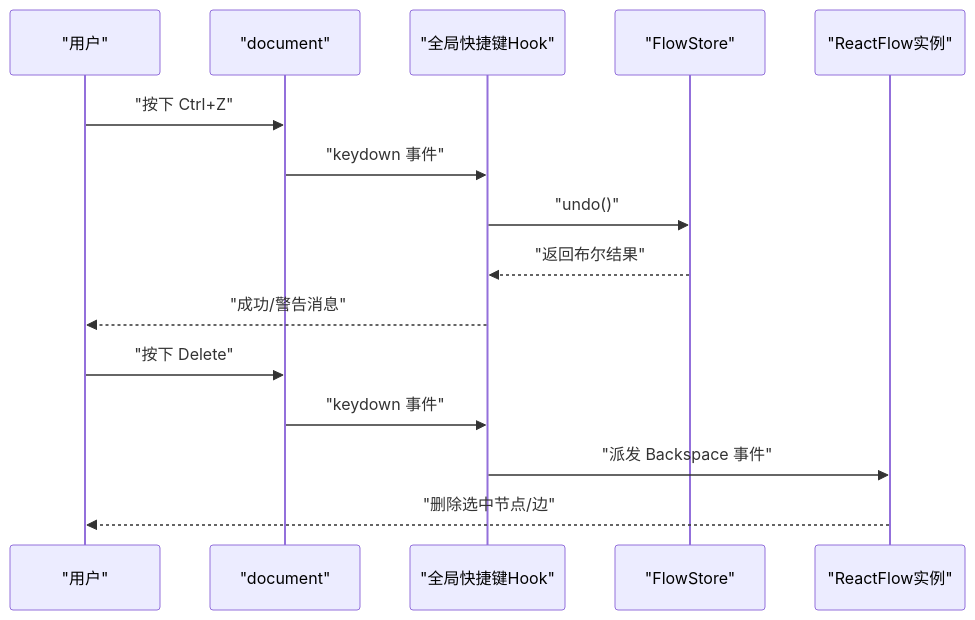
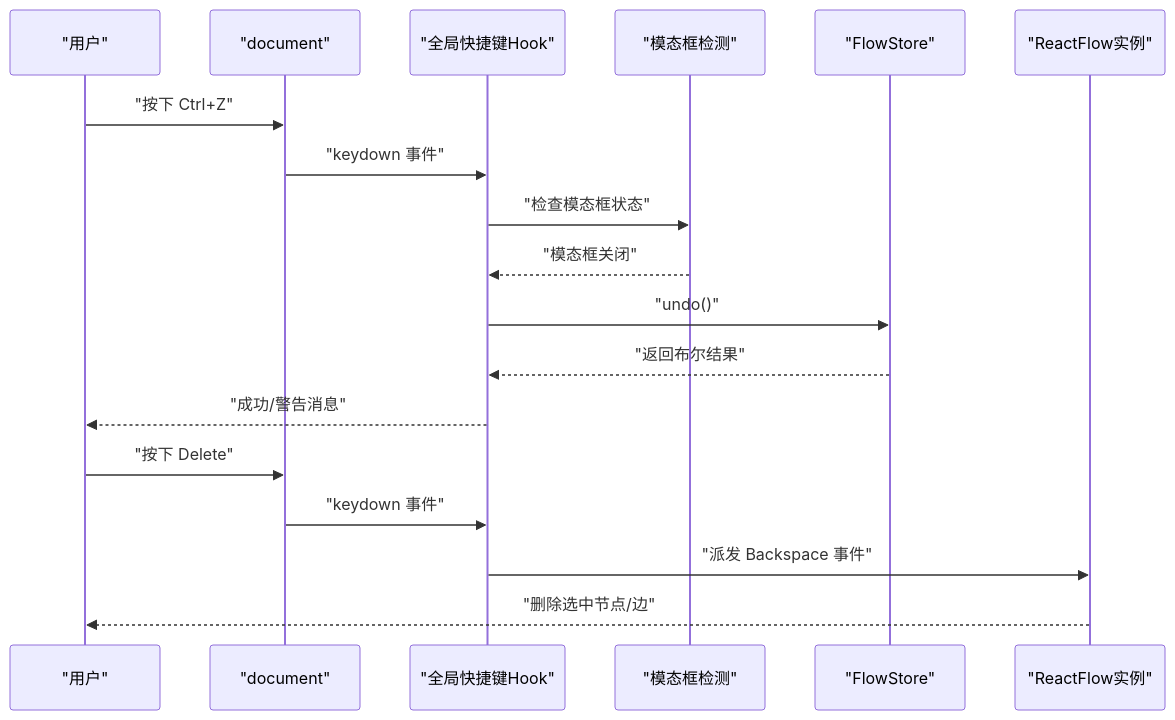
One commit to kqcoxn/MaaPipelineEditor changed the second of 6 diagrams in .qoder/repowiki/zh/content/用户界面/快捷键与导航.md. Above: the diagram before and after it, drawn with Mermaid. The commit also changed other lines of this file and 16 other files, not shown here.

````diff
--- a/.qoder/repowiki/zh/content/用户界面/快捷键与导航.md
+++ b/.qoder/repowiki/zh/content/用户界面/快捷键与导航.md
@@ -128,17 +144,20 @@
 ```mermaid
 sequenceDiagram
 participant U as "用户"
 participant DOC as "document"
 participant GSH as "全局快捷键Hook"
+participant MODAL as "模态框检测"
 participant FS as "FlowStore"
 participant RF as "ReactFlow实例"
 U->>DOC : "按下 Ctrl+Z"
 DOC->>GSH : "keydown 事件"
+GSH->>MODAL : "检查模态框状态"
+MODAL-->>GSH : "模态框关闭"
 GSH->>FS : "undo()"
 FS-->>GSH : "返回布尔结果"
 GSH-->>U : "成功/警告消息"
 U->>DOC : "按下 Delete"
 DOC->>GSH : "keydown 事件"
 GSH->>RF : "派发 Backspace 事件"
 RF-->>U : "删除选中节点/边"
 ```
````
